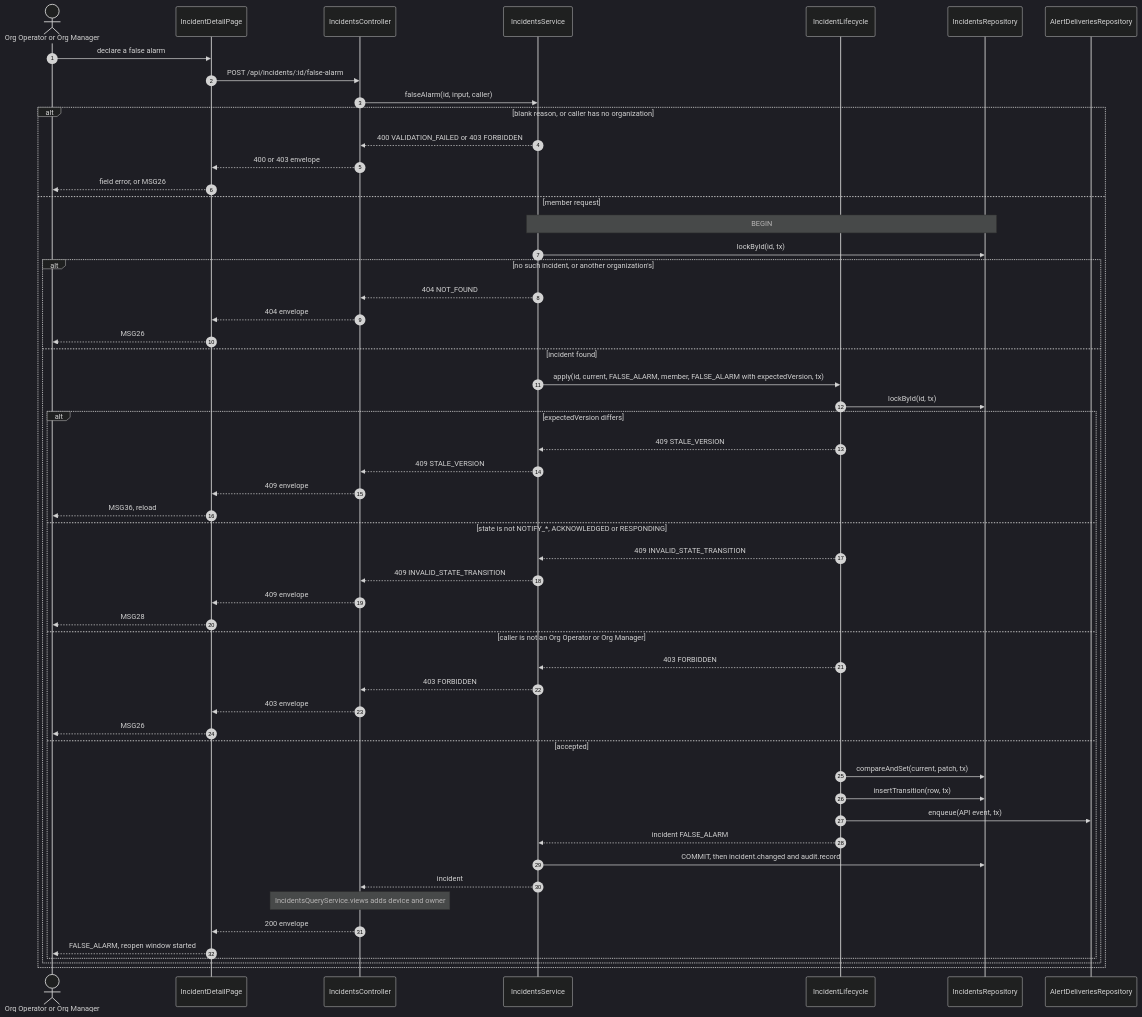
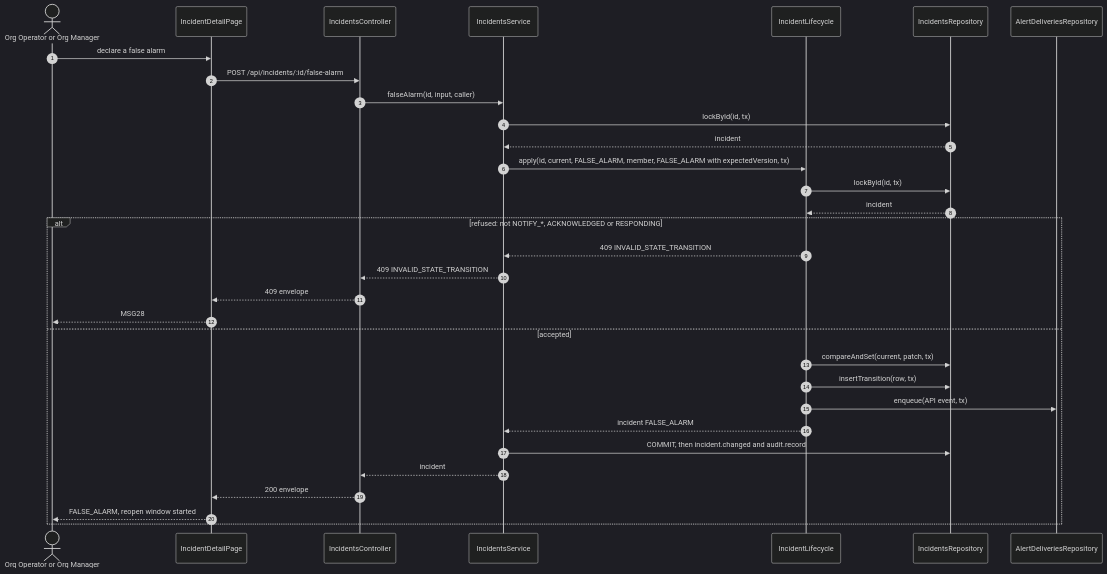
The second of 2 diagrams in specs/incidents/api-design/07-post-incidents-id-false-alarm.md (TrekLink-Team/treklink-web), drawn with Mermaid (dark theme) before and after one commit. The commit also changed other lines of this file and 8 other files, not shown here.

First line of the commit message:
docs: draw one alt per incidents sequence again

````diff
--- a/specs/incidents/api-design/07-post-incidents-id-false-alarm.md
+++ b/specs/incidents/api-design/07-post-incidents-id-false-alarm.md
@@ -232,56 +232,34 @@
 ```mermaid
 sequenceDiagram
     autonumber
     actor U as Org Operator or Org Manager
     participant P as IncidentDetailPage
     participant Ctl as IncidentsController
     participant Svc as IncidentsService
     participant L as IncidentLifecycle
     participant R as IncidentsRepository
     participant Ob as AlertDeliveriesRepository
     U->>P: declare a false alarm
     P->>Ctl: POST /api/incidents/:id/false-alarm
     Ctl->>Svc: falseAlarm(id, input, caller)
-    alt blank reason, or caller has no organization
-        Svc-->>Ctl: 400 VALIDATION_FAILED or 403 FORBIDDEN
-        Ctl-->>P: 400 or 403 envelope
-        P-->>U: field error, or MSG26
-    else member request
-        Note over Svc,R: BEGIN
-        Svc->>R: lockById(id, tx)
-        alt no such incident, or another organization's
-            Svc-->>Ctl: 404 NOT_FOUND
-            Ctl-->>P: 404 envelope
-            P-->>U: MSG26
-        else incident found
-            Svc->>L: apply(id, current, FALSE_ALARM, member, FALSE_ALARM with expectedVersion, tx)
-            L->>R: lockById(id, tx)
-            alt expectedVersion differs
-                L-->>Svc: 409 STALE_VERSION
-                Svc-->>Ctl: 409 STALE_VERSION
-                Ctl-->>P: 409 envelope
-                P-->>U: MSG36, reload
-            else state is not NOTIFY_*, ACKNOWLEDGED or RESPONDING
-                L-->>Svc: 409 INVALID_STATE_TRANSITION
-                Svc-->>Ctl: 409 INVALID_STATE_TRANSITION
-                Ctl-->>P: 409 envelope
-                P-->>U: MSG28
-            else caller is not an Org Operator or Org Manager
-                L-->>Svc: 403 FORBIDDEN
-                Svc-->>Ctl: 403 FORBIDDEN
-                Ctl-->>P: 403 envelope
-                P-->>U: MSG26
-            else accepted
-                L->>R: compareAndSet(current, patch, tx)
-                L->>R: insertTransition(row, tx)
-                L->>Ob: enqueue(API event, tx)
-                L-->>Svc: incident FALSE_ALARM
-                Svc->>R: COMMIT, then incident.changed and audit.record
-                Svc-->>Ctl: incident
-                Note over Ctl: IncidentsQueryService.views adds device and owner
-                Ctl-->>P: 200 envelope
-                P-->>U: FALSE_ALARM, reopen window started
-            end
-        end
+    Svc->>R: lockById(id, tx)
+    R-->>Svc: incident
+    Svc->>L: apply(id, current, FALSE_ALARM, member, FALSE_ALARM with expectedVersion, tx)
+    L->>R: lockById(id, tx)
+    R-->>L: incident
+    alt refused: not NOTIFY_*, ACKNOWLEDGED or RESPONDING
+        L-->>Svc: 409 INVALID_STATE_TRANSITION
+        Svc-->>Ctl: 409 INVALID_STATE_TRANSITION
+        Ctl-->>P: 409 envelope
+        P-->>U: MSG28
+    else accepted
+        L->>R: compareAndSet(current, patch, tx)
+        L->>R: insertTransition(row, tx)
+        L->>Ob: enqueue(API event, tx)
+        L-->>Svc: incident FALSE_ALARM
+        Svc->>R: COMMIT, then incident.changed and audit.record
+        Svc-->>Ctl: incident
+        Ctl-->>P: 200 envelope
+        P-->>U: FALSE_ALARM, reopen window started
     end
 ```
````
